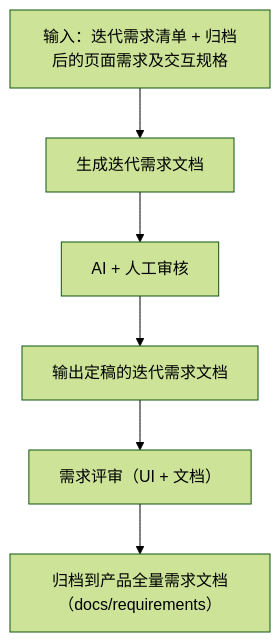
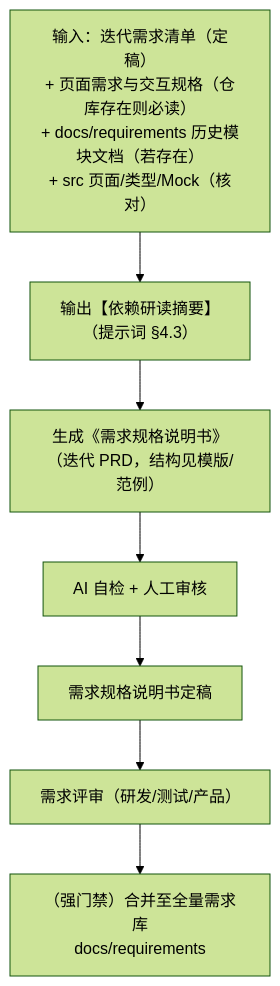
The diagram in 使用指导.md (caidayong/ATO-UI), drawn with Mermaid (forest theme) before and after one commit. The commit also changed other lines of this file and 19 other files, not shown here.

````diff
--- a/使用指导.md
+++ b/使用指导.md
@@ -474,11 +380,12 @@
 ```mermaid
 flowchart TB
-    A["输入：迭代需求清单 + 归档后的页面需求及交互规格"]
-    B["生成迭代需求文档"]
-    C["AI + 人工审核"]
-    D["输出定稿的迭代需求文档"]
-    E["需求评审（UI + 文档）"]
-    F["归档到产品全量需求文档（docs/requirements）"]
+    A["输入：迭代需求清单（定稿）\n+ 页面需求与交互规格（仓库存在则必读）\n+ docs/requirements 历史模块文档（若存在）\n+ src 页面/类型/Mock（核对）"]
+    AS["输出【依赖研读摘要】\n（提示词 §4.3）"]
+    B["生成《需求规格说明书》\n（迭代 PRD，结构见模版/范例）"]
+    C["AI 自检 + 人工审核"]
+    D["需求规格说明书定稿"]
+    E["需求评审（研发/测试/产品）"]
+    F["（强门禁）合并至全量需求库\ndocs/requirements"]
 
-    A --> B --> C --> D --> E --> F
+    A --> AS --> B --> C --> D --> E --> F
 ```
````
